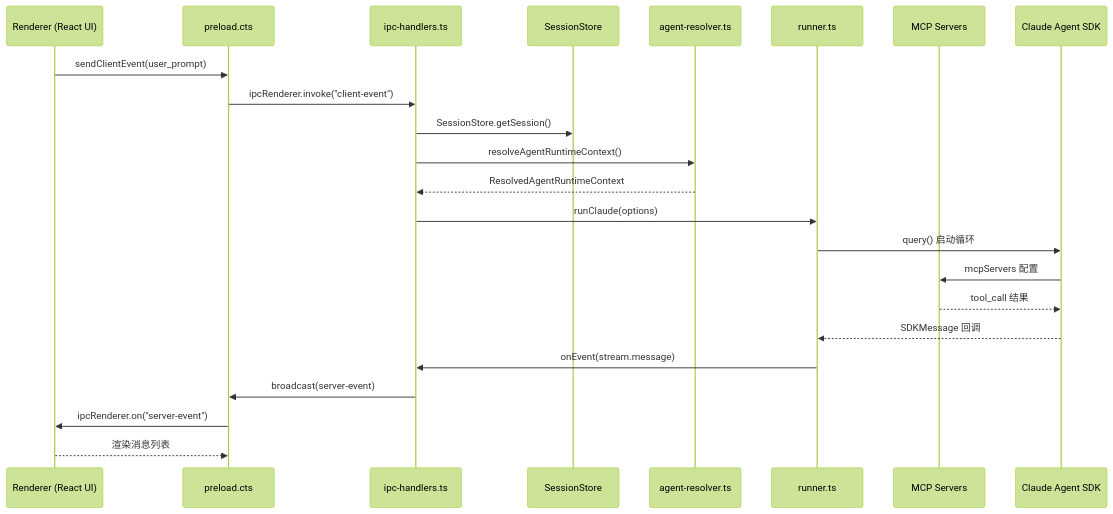
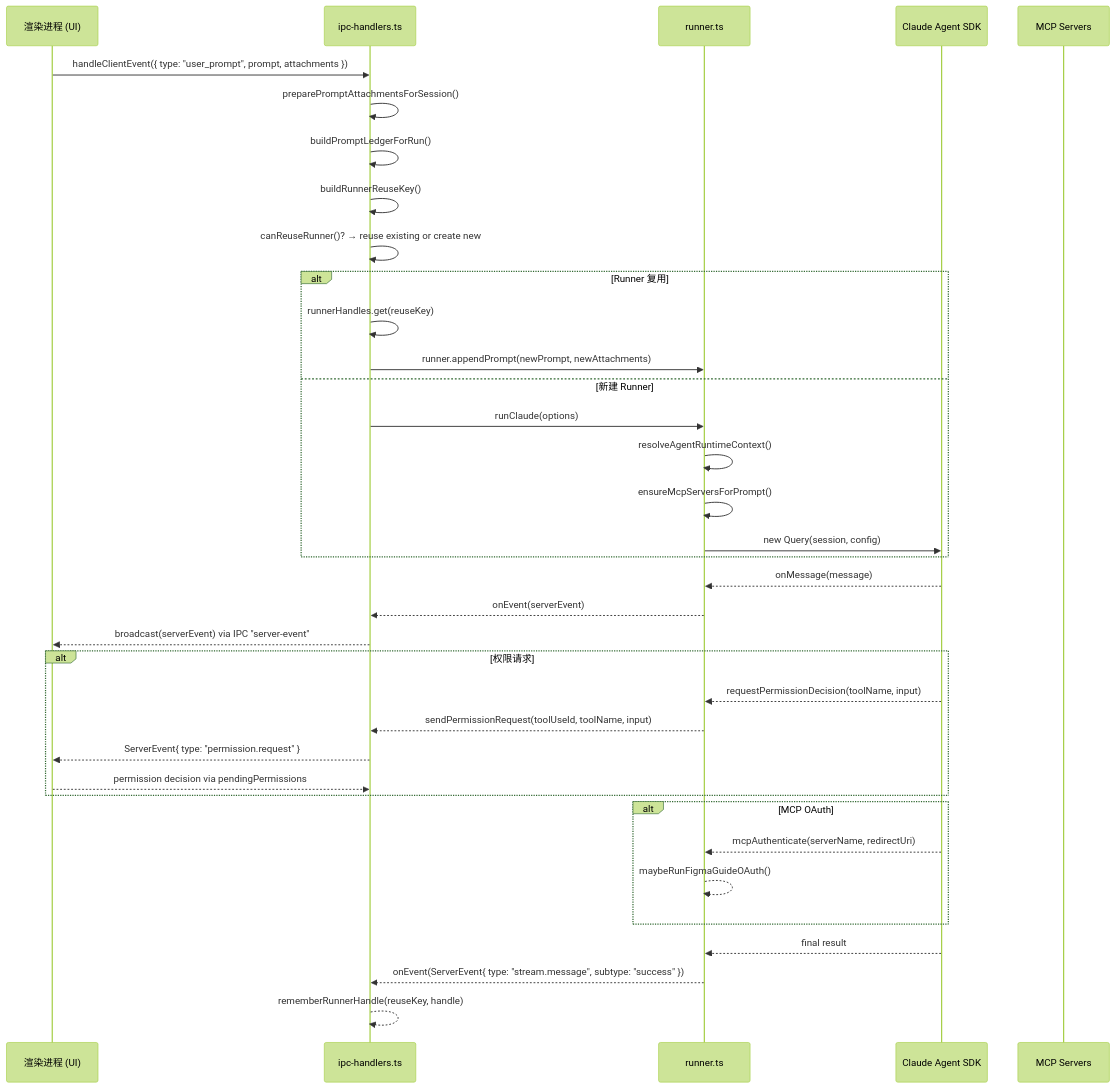
Before and after one commit to lst016/tech-cc-hub: the second of 3 diagrams in .tech/repowiki/zh/content/核心模块规格/Electron 运行时总览.md, drawn with Mermaid (forest theme). The commit also changed other lines of this file and 129 other files, not shown here.

````diff
--- a/.tech/repowiki/zh/content/核心模块规格/Electron 运行时总览.md
+++ b/.tech/repowiki/zh/content/核心模块规格/Electron 运行时总览.md
@@ -731,26 +279,44 @@
 ```mermaid
 sequenceDiagram
-    participant R as Renderer (React UI)
-    participant P as preload.cts
-    participant H as ipc-handlers.ts
-    participant S as SessionStore
-    participant A as agent-resolver.ts
-    participant Rn as runner.ts
-    participant M as MCP Servers
+    participant Renderer as 渲染进程 (UI)
+    participant IPC as ipc-handlers.ts
+    participant Runner as runner.ts
     participant SDK as Claude Agent SDK
+    participant MCP as MCP Servers
 
-    R->>P: sendClientEvent(user_prompt)
-    P->>H: ipcRenderer.invoke("client-event")
-    H->>S: SessionStore.getSession()
-    H->>A: resolveAgentRuntimeContext()
-    A-->>H: ResolvedAgentRuntimeContext
-    H->>Rn: runClaude(options)
-    Rn->>SDK: query() 启动循环
-    SDK->>M: mcpServers 配置
-    M-->>SDK: tool_call 结果
-    SDK-->>Rn: SDKMessage 回调
-    Rn->>H: onEvent(stream.message)
-    H->>P: broadcast(server-event)
-    P->>R: ipcRenderer.on("server-event")
-    R-->>P: 渲染消息列表
+    Renderer->>IPC: handleClientEvent({ type: "user_prompt", prompt, attachments })
+    IPC->>IPC: preparePromptAttachmentsForSession()
+    IPC->>IPC: buildPromptLedgerForRun()
+    IPC->>IPC: buildRunnerReuseKey()
+    IPC->>IPC: canReuseRunner()? → reuse existing or create new
+
+    alt Runner 复用
+        IPC->>IPC: runnerHandles.get(reuseKey)
+        IPC->>Runner: runner.appendPrompt(newPrompt, newAttachments)
+    else 新建 Runner
+        IPC->>Runner: runClaude(options)
+        Runner->>Runner: resolveAgentRuntimeContext()
+        Runner->>Runner: ensureMcpServersForPrompt()
+        Runner->>SDK: new Query(session, config)
+    end
+
+    SDK-->>Runner: onMessage(message)
+    Runner-->>IPC: onEvent(serverEvent)
+    IPC-->>Renderer: broadcast(serverEvent) via IPC "server-event"
+
+    alt 权限请求
+        SDK-->>Runner: requestPermissionDecision(toolName, input)
+        Runner-->>IPC: sendPermissionRequest(toolUseId, toolName, input)
+        IPC-->>Renderer: ServerEvent{ type: "permission.request" }
+        Renderer-->>IPC: permission decision via pendingPermissions
+    end
+
+    alt MCP OAuth
+        SDK-->>Runner: mcpAuthenticate(serverName, redirectUri)
+        Runner-->>Runner: maybeRunFigmaGuideOAuth()
+    end
+
+    SDK-->>Runner: final result
+    Runner-->>IPC: onEvent(ServerEvent{ type: "stream.message", subtype: "success" })
+    IPC-->>IPC: rememberRunnerHandle(reuseKey, handle)
 ```
````
